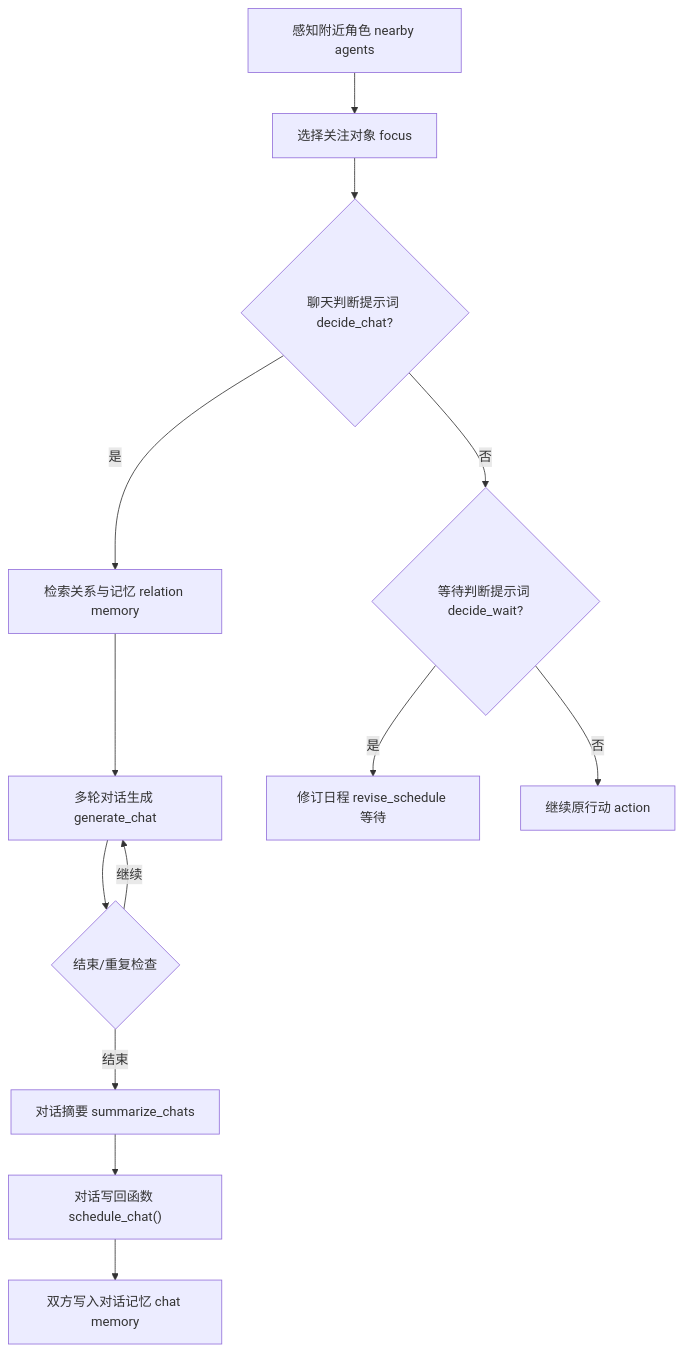
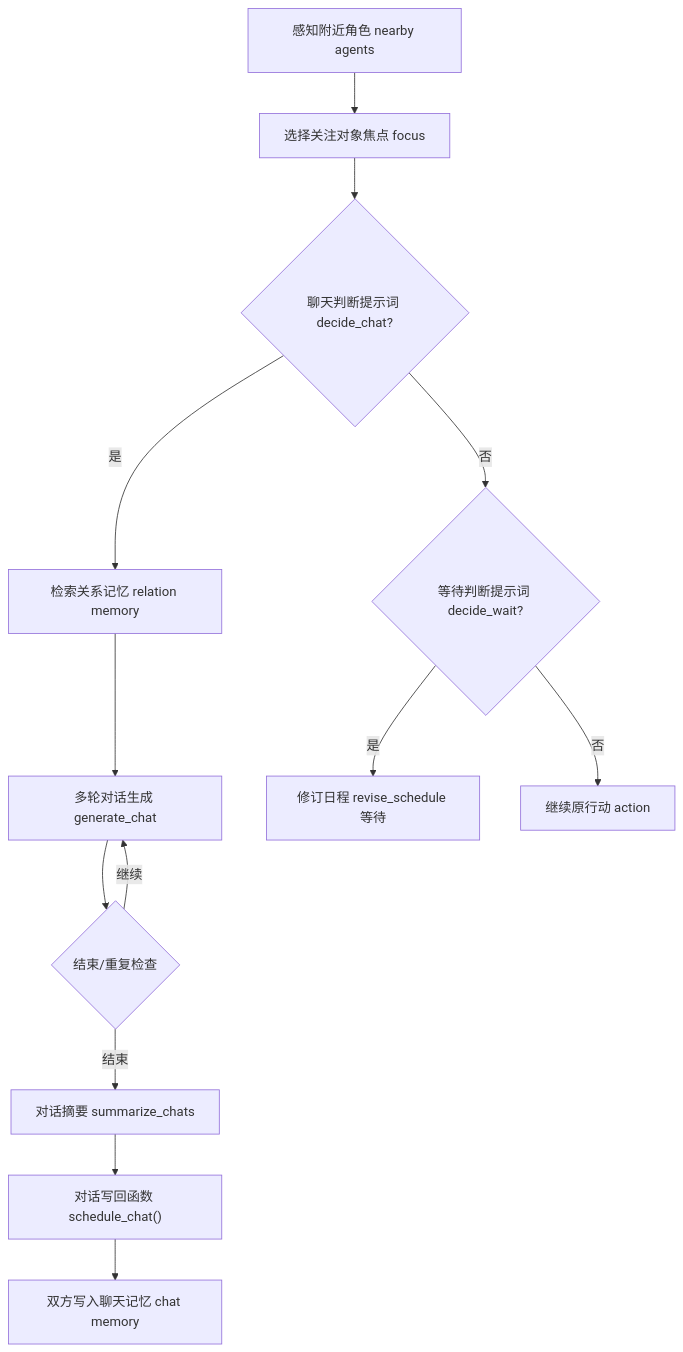
One commit to tbkken/GenerativeAgentsCN changed the first of 14 diagrams in docs/book/manuscript/part_03/chapter_20.md. Above: the diagram before and after it, drawn with Mermaid. The commit also changed other lines of this file and 47 other files, not shown here.

````diff
--- a/docs/book/manuscript/part_03/chapter_20.md
+++ b/docs/book/manuscript/part_03/chapter_20.md
@@ -40,15 +40,15 @@
 ```mermaid
 flowchart TD
-    O["感知附近角色 nearby agents"] --> F["选择关注对象 focus"]
+    O["感知附近角色 nearby agents"] --> F["选择关注对象焦点 focus"]
     F --> J{"聊天判断提示词 decide_chat?"}
     J -- 否 --> W{"等待判断提示词 decide_wait?"}
-    J -- 是 --> Rel["检索关系与记忆 relation memory"]
+    J -- 是 --> Rel["检索关系记忆 relation memory"]
     Rel --> Chat["多轮对话生成 generate_chat"]
     Chat --> End{"结束/重复检查"}
     End -- 继续 --> Chat
     End -- 结束 --> Sum["对话摘要 summarize_chats"]
     Sum --> S["对话写回函数 schedule_chat()"]
-    S --> M["双方写入对话记忆 chat memory"]
+    S --> M["双方写入聊天记忆 chat memory"]
     W -- 是 --> Rev["修订日程 revise_schedule 等待"]
     W -- 否 --> A["继续原行动 action"]
 ```
````
